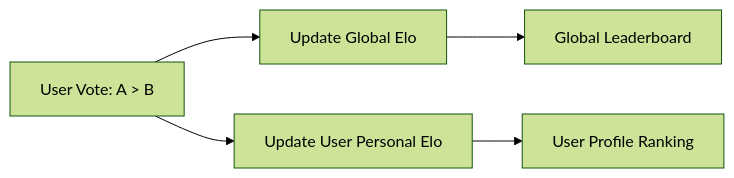
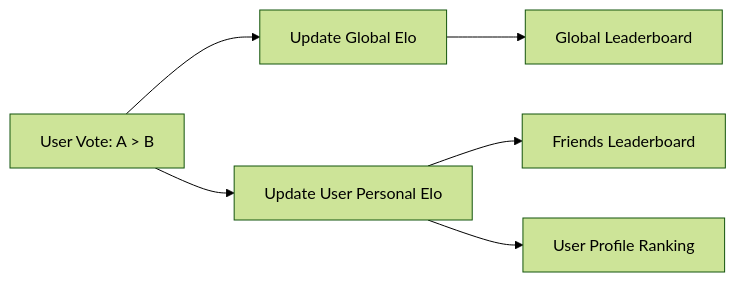
Before and after one commit to krishjp/cairn: the second of 2 diagrams in README.md, drawn with Mermaid (forest theme). The commit also changed other lines of this file and 9 other files, not shown here.

````diff
--- a/README.md
+++ b/README.md
@@ -41,7 +42,8 @@
 ```mermaid
 flowchart LR
     Vote[User Vote: A > B] --> Global[Update Global Elo]
     Vote --> Personal[Update User Personal Elo]
     Global --> Leaderboard[Global Leaderboard]
+    Personal --> Friends[Friends Leaderboard]
     Personal --> Profile[User Profile Ranking]
 ```
````
